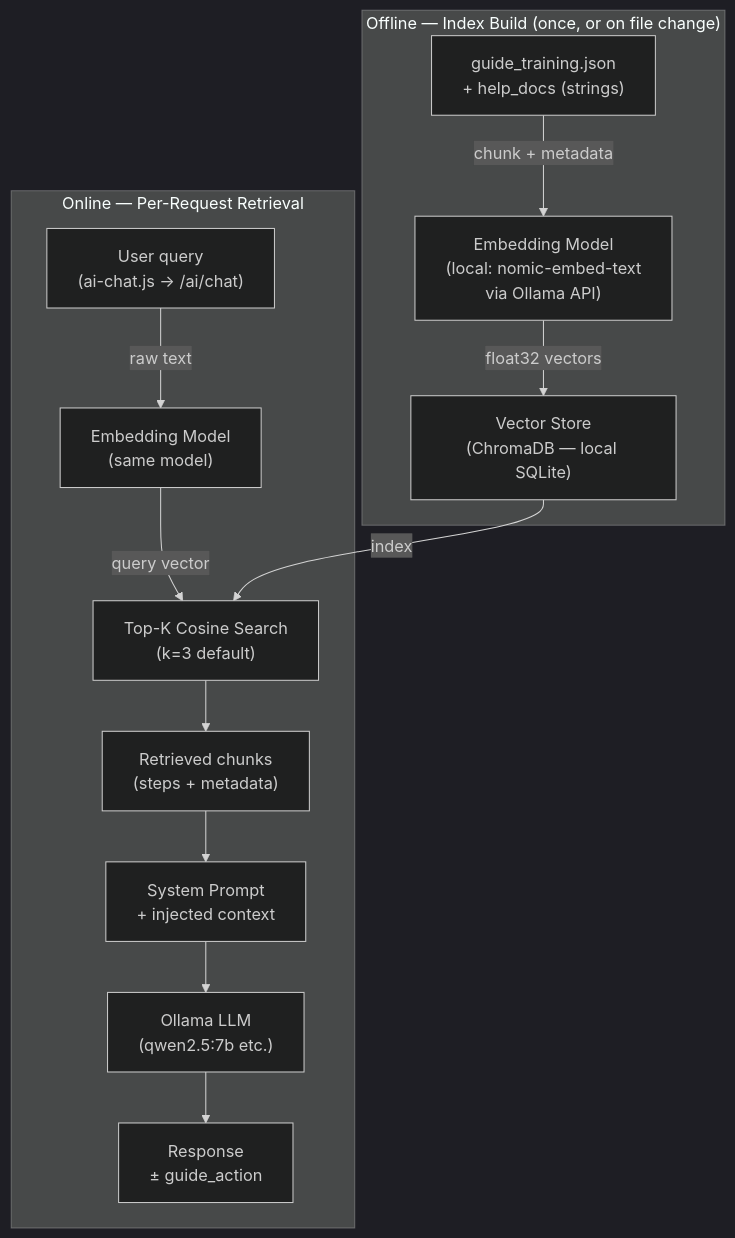
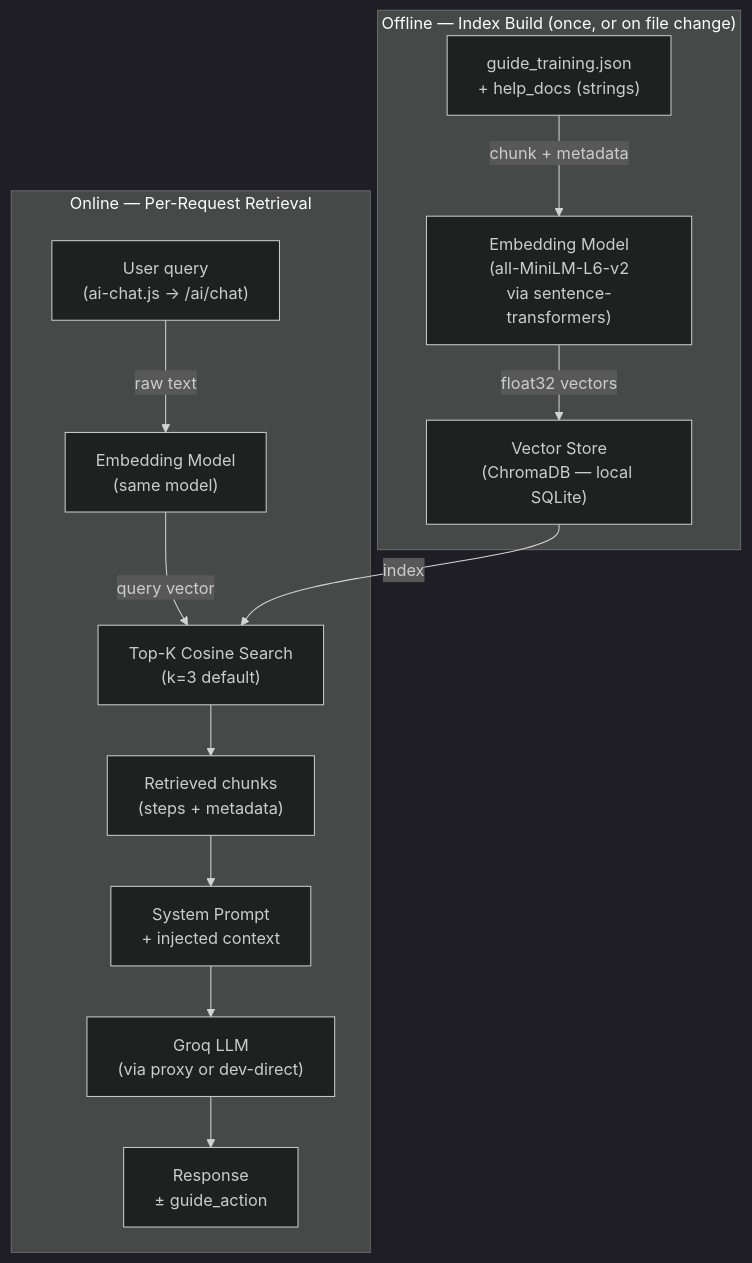
One commit to Promethees/microalbumin-Flask changed the first of 3 diagrams in easyokapi-knowledge/RAG-USER-GUIDE.md. Above: the diagram before and after it, drawn with Mermaid (dark theme). The commit also changed other lines of this file and 3 other files, not shown here.

````diff
--- a/easyokapi-knowledge/RAG-USER-GUIDE.md
+++ b/easyokapi-knowledge/RAG-USER-GUIDE.md
@@ -47,27 +47,27 @@
 ```mermaid
 flowchart TD
     subgraph Offline ["Offline — Index Build (once, or on file change)"]
         GT["guide_training.json\n+ help_docs (strings)"]
-        EMB_OFF["Embedding Model\n(local: nomic-embed-text\nvia Ollama API)"]
+        EMB_OFF["Embedding Model\n(all-MiniLM-L6-v2\nvia sentence-transformers)"]
         VS["Vector Store\n(ChromaDB — local SQLite)"]
         GT -->|chunk + metadata| EMB_OFF
         EMB_OFF -->|float32 vectors| VS
     end
 
     subgraph Online ["Online — Per-Request Retrieval"]
         USER["User query\n(ai-chat.js → /ai/chat)"]
         EMB_ON["Embedding Model\n(same model)"]
         SEARCH["Top-K Cosine Search\n(k=3 default)"]
         CTX["Retrieved chunks\n(steps + metadata)"]
         SYS["System Prompt\n+ injected context"]
-        LLM["Ollama LLM\n(qwen2.5:7b etc.)"]
+        LLM["Groq LLM\n(via proxy or dev-direct)"]
         RESP["Response\n± guide_action"]
         USER -->|raw text| EMB_ON
         EMB_ON -->|query vector| SEARCH
         VS -->|index| SEARCH
         SEARCH --> CTX
         CTX --> SYS
         SYS --> LLM
         LLM --> RESP
     end
 ```
````
